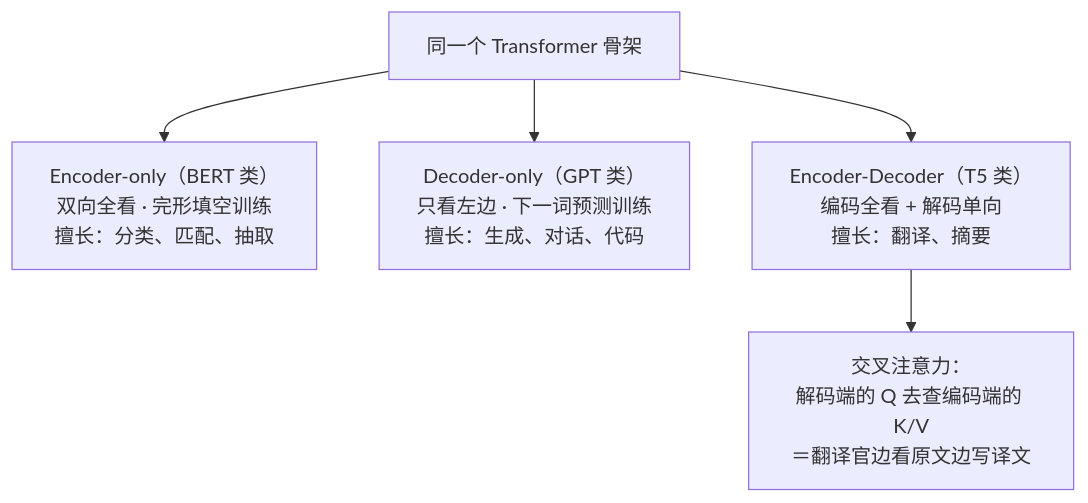
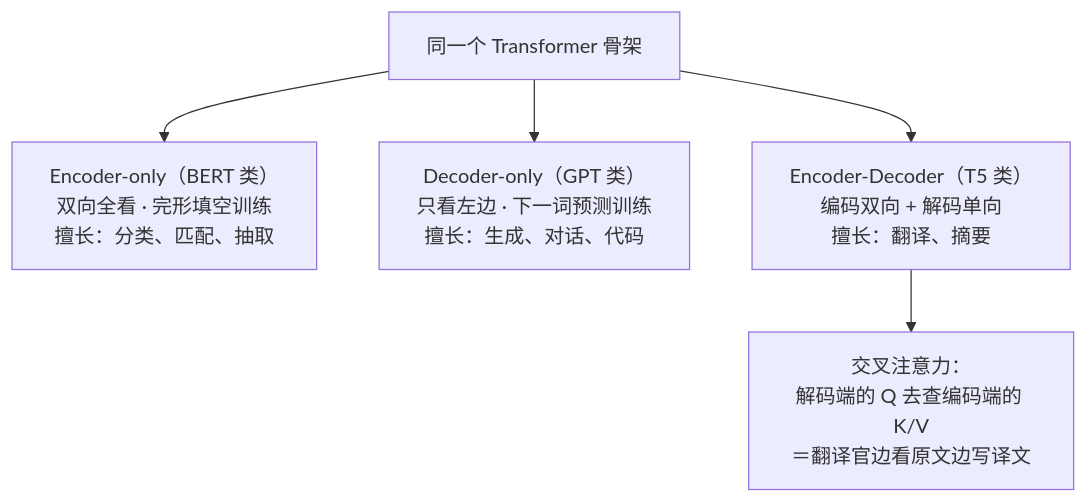
Before and after one commit to lizhengzhong20-sketch/model_learning: the first of 2 diagrams in docs/4-专业方向/07-自然语言处理与LLM/03-Transformer架构细节与变体.md, drawn with Mermaid. The commit also changed other lines of this file and 67 other files, not shown here.

````diff
--- a/docs/4-专业方向/07-自然语言处理与LLM/03-Transformer架构细节与变体.md
+++ b/docs/4-专业方向/07-自然语言处理与LLM/03-Transformer架构细节与变体.md
@@ -70,7 +82,7 @@
 ```mermaid
 graph TD
     T["同一个 Transformer 骨架"] --> E["Encoder-only（BERT 类）<br/>双向全看 · 完形填空训练<br/>擅长：分类、匹配、抽取"]
     T --> D["Decoder-only（GPT 类）<br/>只看左边 · 下一词预测训练<br/>擅长：生成、对话、代码"]
-    T --> ED["Encoder-Decoder（T5 类）<br/>编码全看 + 解码单向<br/>擅长：翻译、摘要"]
+    T --> ED["Encoder-Decoder（T5 类）<br/>编码双向 + 解码单向<br/>擅长：翻译、摘要"]
     ED --> X["交叉注意力：<br/>解码端的 Q 去查编码端的 K/V<br/>＝翻译官边看原文边写译文"]
 ```
````
